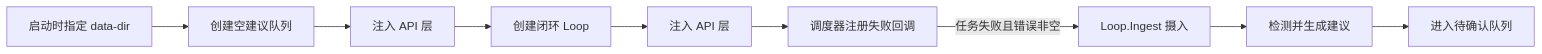
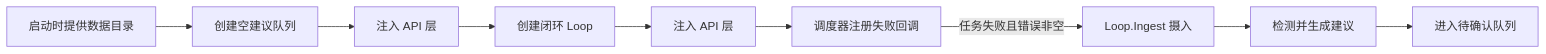
One commit to tktogether/subforge changed the second of 2 diagrams in docs/wiki/Rule-Bot-智能建议.md. Above: the diagram before and after it, drawn with Mermaid. The commit also changed other lines of this file and 26 other files, not shown here.

````diff
--- a/docs/wiki/Rule-Bot-智能建议.md
+++ b/docs/wiki/Rule-Bot-智能建议.md
@@ -192,11 +192,11 @@
 ```mermaid
 flowchart LR
-    A[启动时指定 data-dir] --> B[创建空建议队列]
+    A[启动时提供数据目录] --> B[创建空建议队列]
     B --> C[注入 API 层]
     C --> D[创建闭环 Loop]
     D --> E[注入 API 层]
     E --> F[调度器注册失败回调]
     F -->|任务失败且错误非空| G[Loop.Ingest 摄入]
     G --> H[检测并生成建议]
     H --> I[进入待确认队列]
 ```
````
